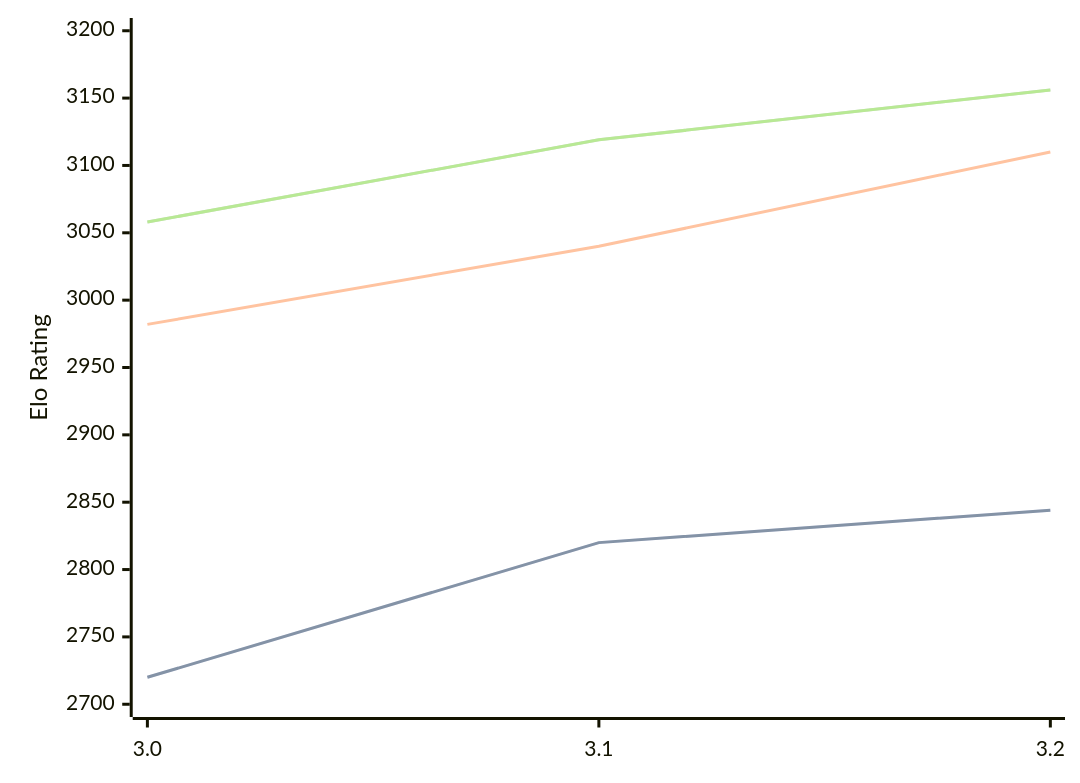
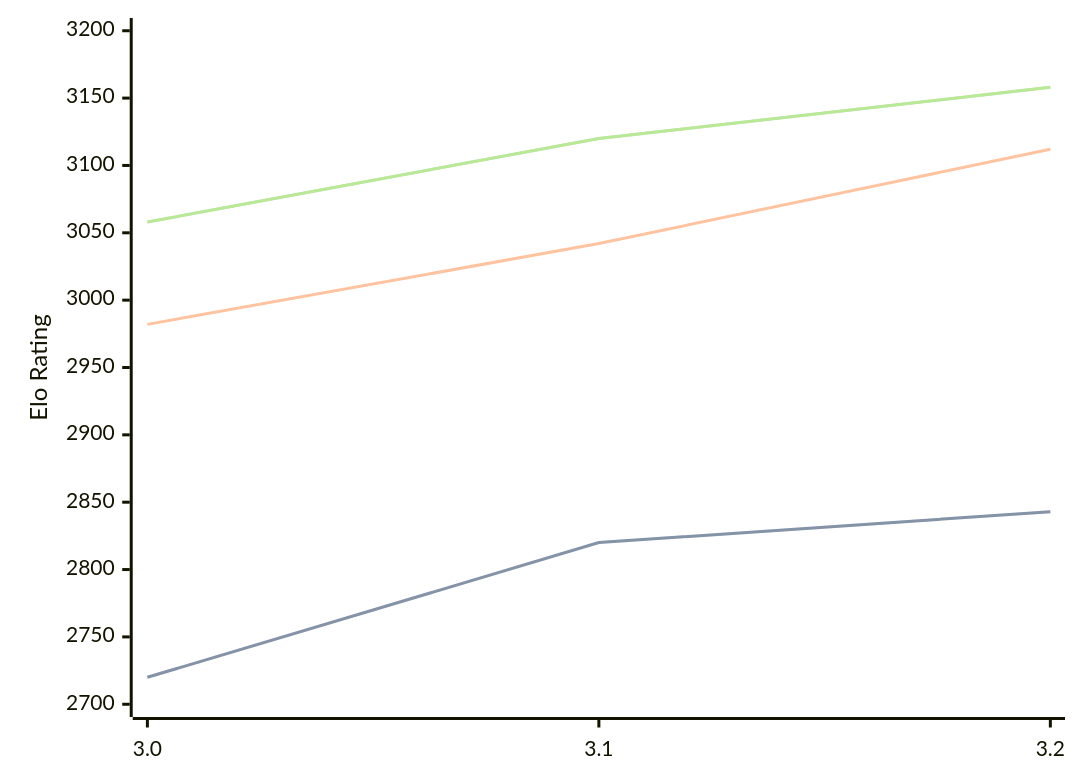
One commit to computer-chess-index/cci changed the third of 3 diagrams in engines/Vajolet2.md. Above: the diagram before and after it, drawn with Mermaid. The commit also changed other lines of this file, not shown here.

Commit message:
Update CCI Ratings (ELO VLTC) - 2026-07-12

````diff
--- a/engines/Vajolet2.md
+++ b/engines/Vajolet2.md
@@ -74,11 +74,11 @@
 ```mermaid
 %%{init: {"theme":"base","themeVariables":{"seriesColors:['#a3a3a3','#222221','#faa371']}}}%%
 xychart-beta
   x-axis ["3.0", "3.1", "3.2"]
   y-axis "Elo Rating" 2700 --> 3200
-  line "STC (8.0+0.08s)" [2720, 2820, 2844]
-  line "STC (8.0+0.08s)" [2720, 2820, 2844]
-  line "LTC (60.0+0.60s)" [2982, 3040, 3110]
-  line "VLTC (2m24s+1.12s)" [3058, 3119, 3156]
-  line "VLTC (2m24s+1.12s)" [3058, 3119, 3156]
+  line "STC (8.0+0.08s)" [2720, 2820, 2843]
+  line "STC (8.0+0.08s)" [2720, 2820, 2843]
+  line "LTC (60.0+0.60s)" [2982, 3042, 3112]
+  line "VLTC (2m24s+1.12s)" [3058, 3120, 3158]
+  line "VLTC (2m24s+1.12s)" [3058, 3120, 3158]
 ```
````
